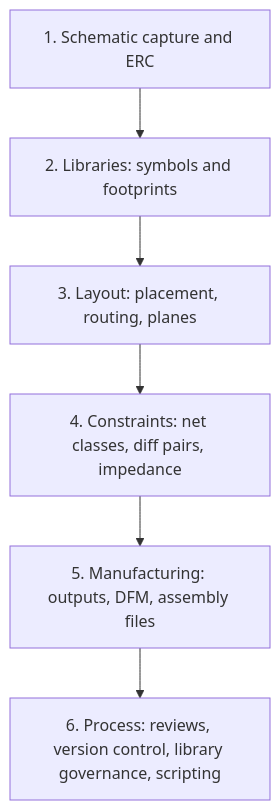
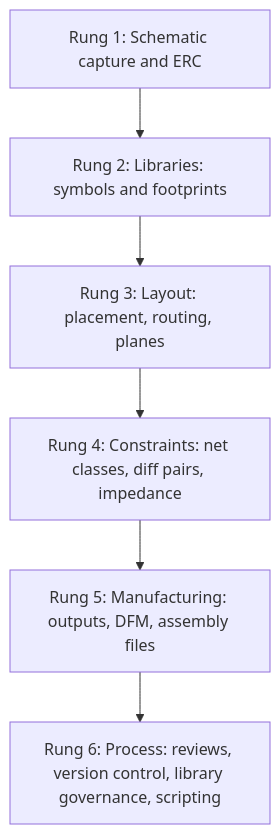
One commit to atallm7/monty-prep changed the diagram in content/questions/q0639.md. Above: the diagram before and after it, drawn with Mermaid. The commit also changed 42 other files, not shown here.

````diff
--- a/content/questions/q0639.md
+++ b/content/questions/q0639.md
@@ -114,8 +114,8 @@
 ```mermaid
 flowchart TB
-  A["1. Schematic capture and ERC"] --> B["2. Libraries: symbols and footprints"]
-  B --> C["3. Layout: placement, routing, planes"]
-  C --> D["4. Constraints: net classes, diff pairs, impedance"]
-  D --> E["5. Manufacturing: outputs, DFM, assembly files"]
-  E --> F["6. Process: reviews, version control, library governance, scripting"]
+  A["Rung 1: Schematic capture and ERC"] --> B["Rung 2: Libraries: symbols and footprints"]
+  B --> C["Rung 3: Layout: placement, routing, planes"]
+  C --> D["Rung 4: Constraints: net classes, diff pairs, impedance"]
+  D --> E["Rung 5: Manufacturing: outputs, DFM, assembly files"]
+  E --> F["Rung 6: Process: reviews, version control, library governance, scripting"]
 ```
````
